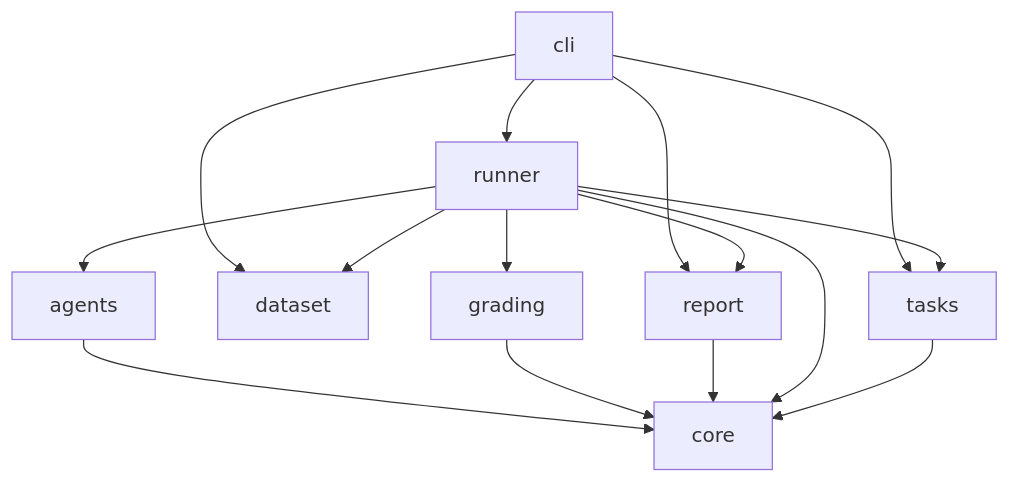
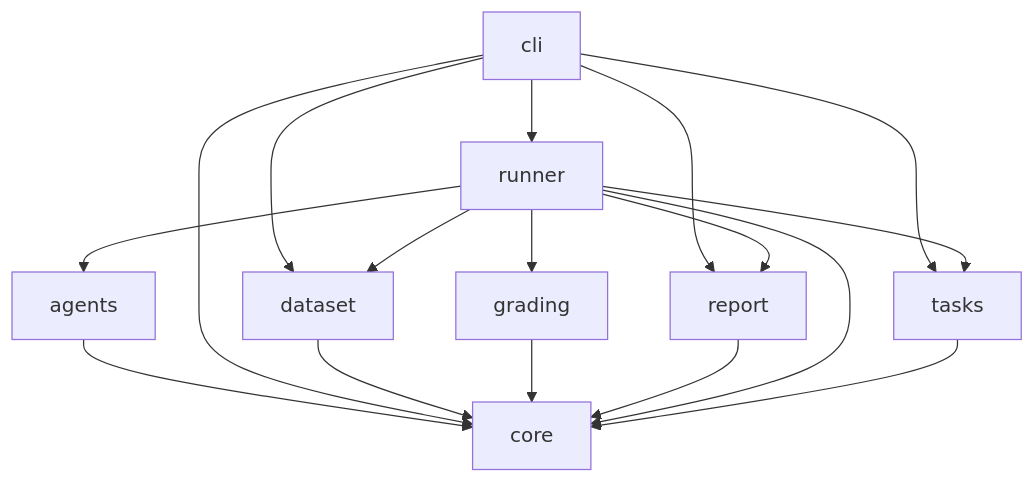
The diagram in architecture/system.arc42.md (MotleyAI/slayer-evals), drawn with Mermaid before and after one commit. The commit also changed other lines of this file and 88 other files, not shown here.

````diff
--- a/architecture/system.arc42.md
+++ b/architecture/system.arc42.md
@@ -14,26 +14,28 @@
 ```mermaid
 flowchart TD
   %% python: slayer_evals nodes
   agents["agents"]
   cli["cli"]
   core["core"]
   dataset["dataset"]
   grading["grading"]
   report["report"]
   runner["runner"]
   tasks["tasks"]
   agents --> core
+  cli --> core
   cli --> dataset
   cli --> report
   cli --> runner
   cli --> tasks
+  dataset --> core
   grading --> core
   report --> core
   runner --> agents
   runner --> core
   runner --> dataset
   runner --> grading
   runner --> report
   runner --> tasks
   tasks --> core
 ```
````
